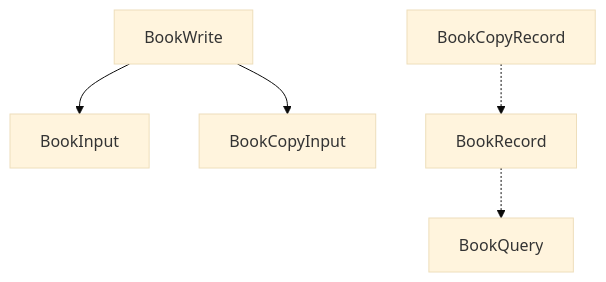
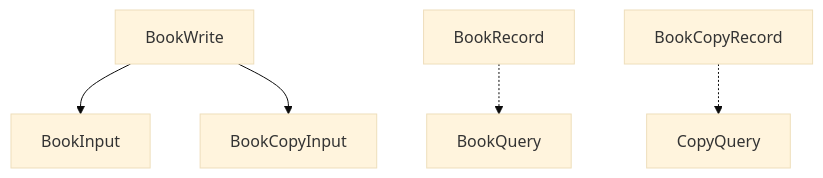
Diagram 14 of 27 in docs/architecture/beta-uml.md (medaminben/VLMS), drawn with Mermaid (base theme) before and after one commit. The commit also changed other lines of this file, not shown here.

Commit message:
Refresh the Beta UML for the library split and schema 7.

````diff
--- a/docs/architecture/beta-uml.md
+++ b/docs/architecture/beta-uml.md
@@ -431,14 +504,15 @@
 ```mermaid
 flowchart TD
     BW[BookWrite]
     BI[BookInput]
     BC[BookCopyInput]
     BR[BookRecord]
     BCR[BookCopyRecord]
     BQ[BookQuery]
+    CQ[CopyQuery]
 
     BW --> BI
     BW --> BC
     BR -.-> BQ
-    BCR -.-> BR
+    BCR -.-> CQ
 ```
````
